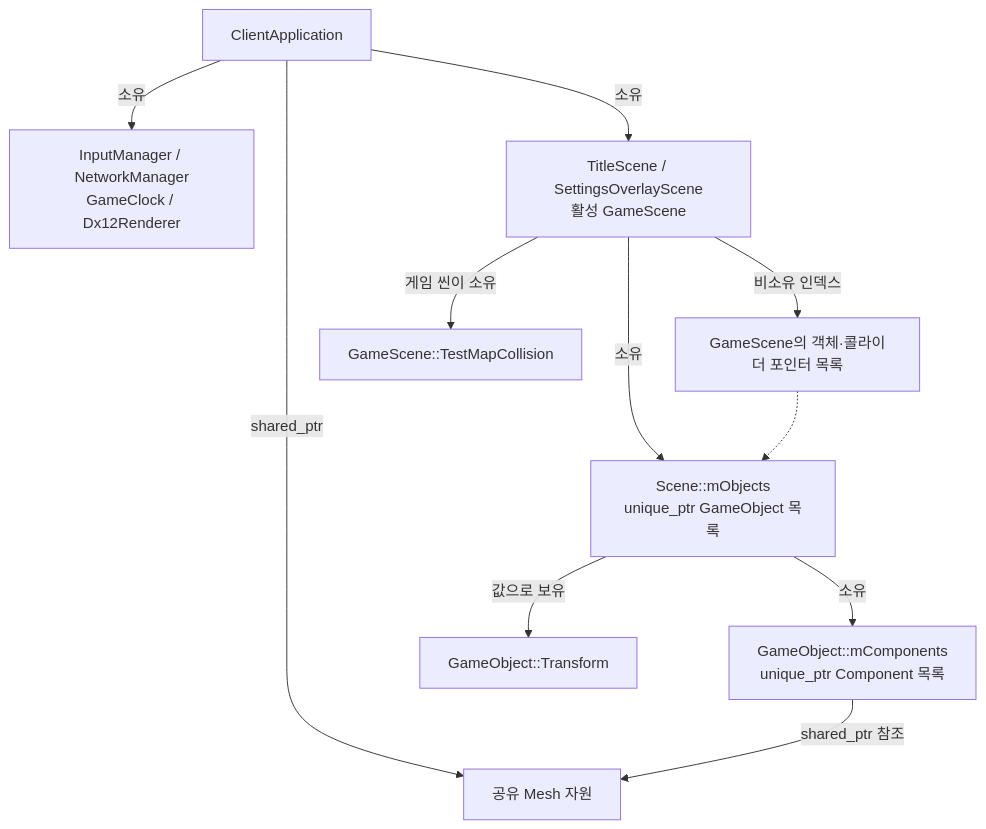
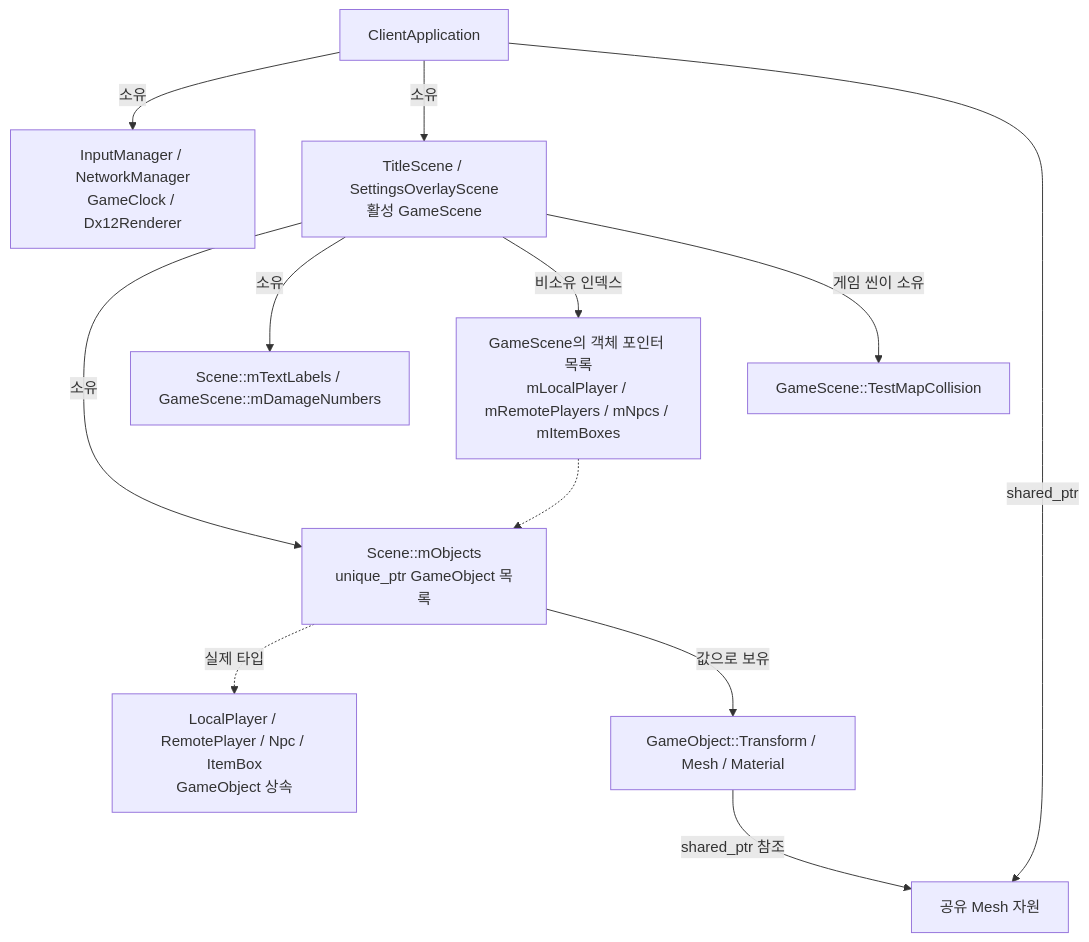
The second of 5 diagrams in Docs/architecture.md (chaerim17/Kimgane-2026-CapstoneProject), drawn with Mermaid before and after one commit. The commit also changed other lines of this file and 9 other files, not shown here.

````diff
--- a/Docs/architecture.md
+++ b/Docs/architecture.md
@@ -143,22 +143,24 @@
 ```mermaid
 flowchart TD
     App["ClientApplication"]
     Services["InputManager / NetworkManager<br/>GameClock / Dx12Renderer"]
     Scenes["TitleScene / SettingsOverlayScene<br/>활성 GameScene"]
     Objects["Scene::mObjects<br/>unique_ptr GameObject 목록"]
-    Components["GameObject::mComponents<br/>unique_ptr Component 목록"]
-    Transform["GameObject::Transform"]
+    Derived["LocalPlayer / RemotePlayer / Npc / ItemBox<br/>GameObject 상속"]
+    Transform["GameObject::Transform / Mesh / Material"]
+    Ui["Scene::mTextLabels / GameScene::mDamageNumbers"]
     Meshes["공유 Mesh 자원"]
-    Index["GameScene의 객체·콜라이더 포인터 목록"]
+    Index["GameScene의 객체 포인터 목록<br/>mLocalPlayer / mRemotePlayers / mNpcs / mItemBoxes"]
     World["GameScene::TestMapCollision"]
     App -->|"소유"| Services
     App -->|"소유"| Scenes
     Scenes -->|"소유"| Objects
-    Objects -->|"소유"| Components
+    Objects -.->|"실제 타입"| Derived
     Objects -->|"값으로 보유"| Transform
+    Scenes -->|"소유"| Ui
     App -->|"shared_ptr"| Meshes
-    Components -->|"shared_ptr 참조"| Meshes
+    Transform -->|"shared_ptr 참조"| Meshes
     Scenes -->|"비소유 인덱스"| Index
     Index -.-> Objects
     Scenes -->|"게임 씬이 소유"| World
 ```
````
